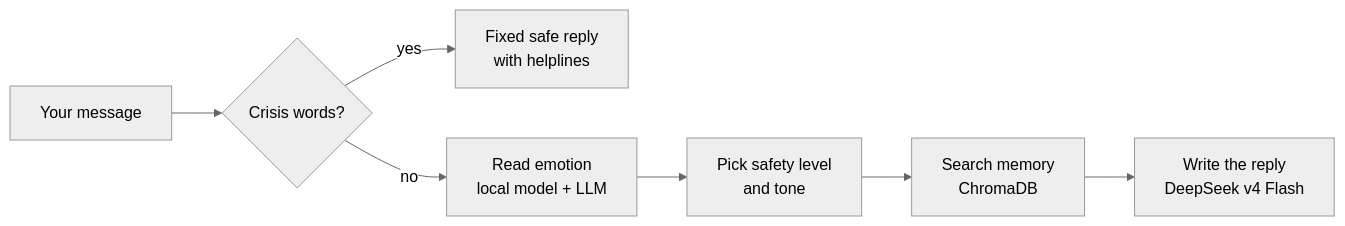
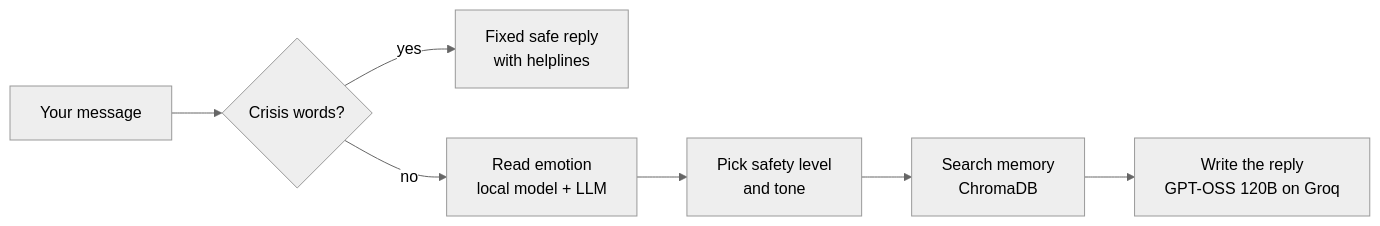
Before and after one commit to Swaraj-Mandre/Long-Term-Memory-Chatbot: the diagram in README.md, drawn with Mermaid (neutral theme). The commit also changed other lines of this file and 9 other files, not shown here.

First line of the commit message:
Switch the language model to GPT-OSS 120B on Groq's free plan

````diff
--- a/README.md
+++ b/README.md
@@ -40,9 +40,9 @@
 ```mermaid
 flowchart LR
     A[Your message] --> S{Crisis words?}
     S -- yes --> X[Fixed safe reply<br/>with helplines]
     S -- no --> R[Read emotion<br/>local model + LLM]
     R --> T[Pick safety level<br/>and tone]
     T --> M[Search memory<br/>ChromaDB]
-    M --> W[Write the reply<br/>DeepSeek v4 Flash]
+    M --> W[Write the reply<br/>GPT-OSS 120B on Groq]
 ```
````
